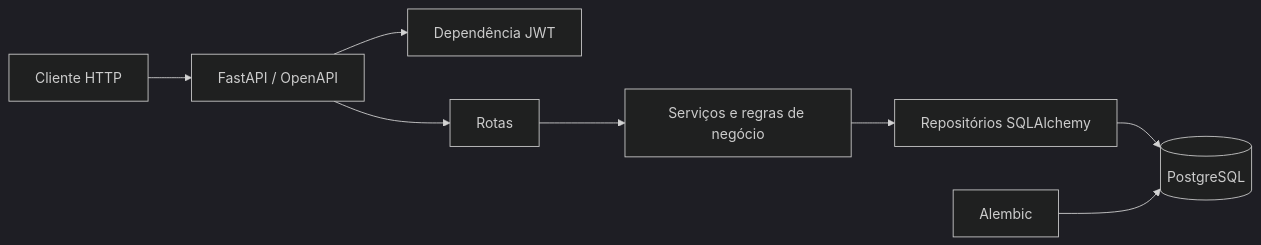
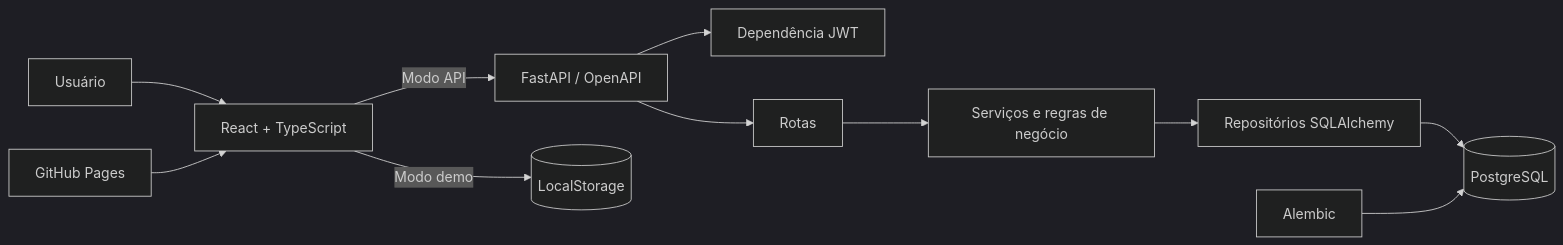
Before and after one commit to DanielRobertoRibeiro/TaskNote: the first of 2 diagrams in README.md, drawn with Mermaid (dark theme). The commit also changed other lines of this file and 41 other files, not shown here.

Commit message:
feat: adiciona frontend React e deploy no Pages

````diff
--- a/README.md
+++ b/README.md
@@ -32,10 +39,13 @@
 ```mermaid
 flowchart LR
-    C[Cliente HTTP] --> API[FastAPI / OpenAPI]
+    U[Usuário] --> WEB[React + TypeScript]
+    WEB -->|Modo API| API[FastAPI / OpenAPI]
+    WEB -->|Modo demo| LS[(LocalStorage)]
+    GH[GitHub Pages] --> WEB
     API --> AUTH[Dependência JWT]
     API --> R[Rotas]
     R --> S[Serviços e regras de negócio]
     S --> RP[Repositórios SQLAlchemy]
     RP --> DB[(PostgreSQL)]
     A[Alembic] --> DB
 ```
````
